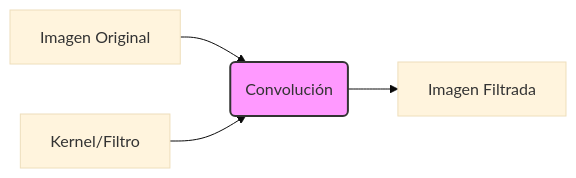
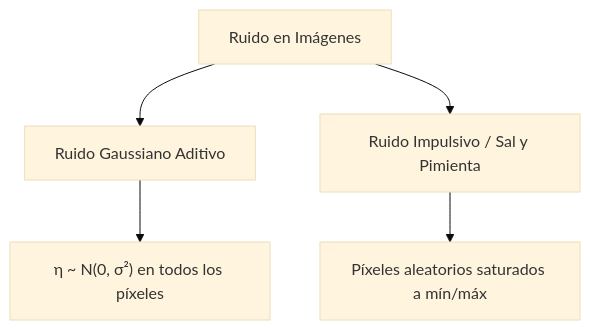
The second of 6 diagrams in Tema 2/1. Representacion y Filtrado.md (DanielChicoUGR/VC_APUNTES), drawn with Mermaid (base theme) before and after one commit. The commit also changed other lines of this file and 7 other files, not shown here.

````diff
--- a/Tema 2/1. Representacion y Filtrado.md
+++ b/Tema 2/1. Representacion y Filtrado.md
@@ -39,7 +77,7 @@
 ```mermaid
-graph LR
-    A[Imagen Original] --> B(Convolución)
-    C[Kernel/Filtro] --> B
-    B --> D[Imagen Filtrada]
-    style B fill:#f9f,stroke:#333,stroke-width:2px
+graph TD
+    A[Ruido en Imágenes] --> B[Ruido Gaussiano Aditivo]
+    A --> C[Ruido Impulsivo / Sal y Pimienta]
+    B --> B1["η ~ N(0, σ²) en todos los píxeles"]
+    C --> C1["Píxeles aleatorios saturados a mín/máx"]
 ```
````
